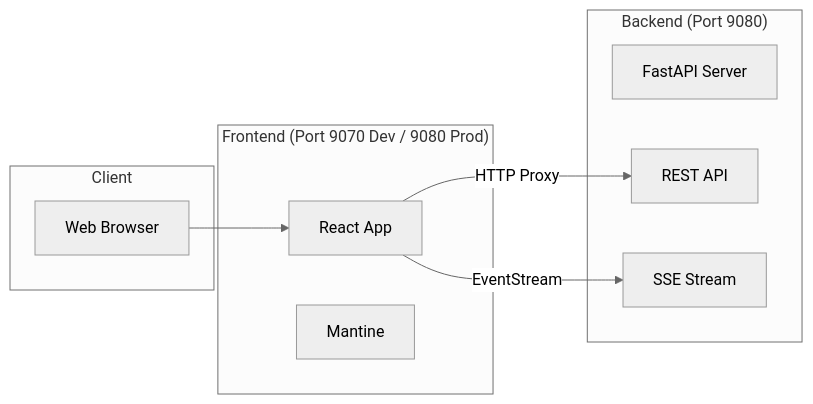
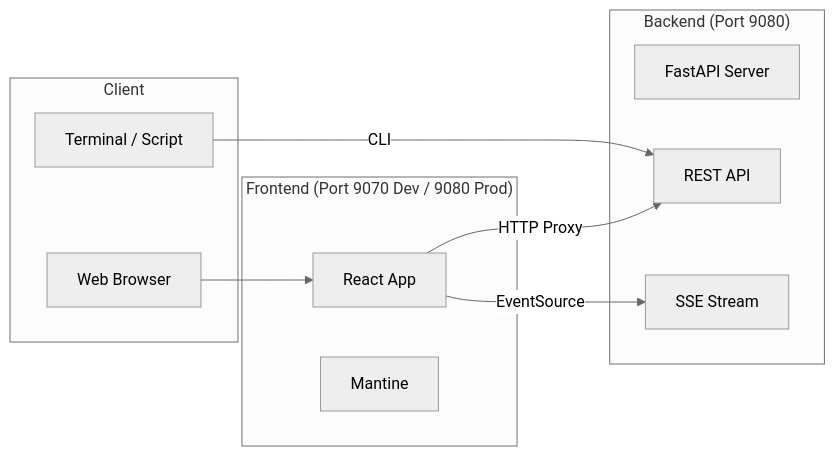
The first of 3 diagrams in README.md (lamnguyenx/NotifyHub), drawn with Mermaid (neutral theme) before and after one commit. The commit also changed other lines of this file and 1 other file, not shown here.

````diff
--- a/README.md
+++ b/README.md
@@ -37,22 +34,23 @@
 ```mermaid
 graph LR
     subgraph Client
         Browser[Web Browser]
+        Terminal[Terminal / Script]
     end
 
     subgraph "Frontend (Port 9070 Dev / 9080 Prod)"
         React[React App]
         Mantine[Mantine]
     end
 
     subgraph "Backend (Port 9080)"
         FastAPI[FastAPI Server]
         API[REST API]
         SSE[SSE Stream]
     end
 
     Browser --> React
     React -- HTTP Proxy --> API
-    React -- EventStream --> SSE
-
+    React -- EventSource --> SSE
+    Terminal -- CLI --> API
 ```
````
